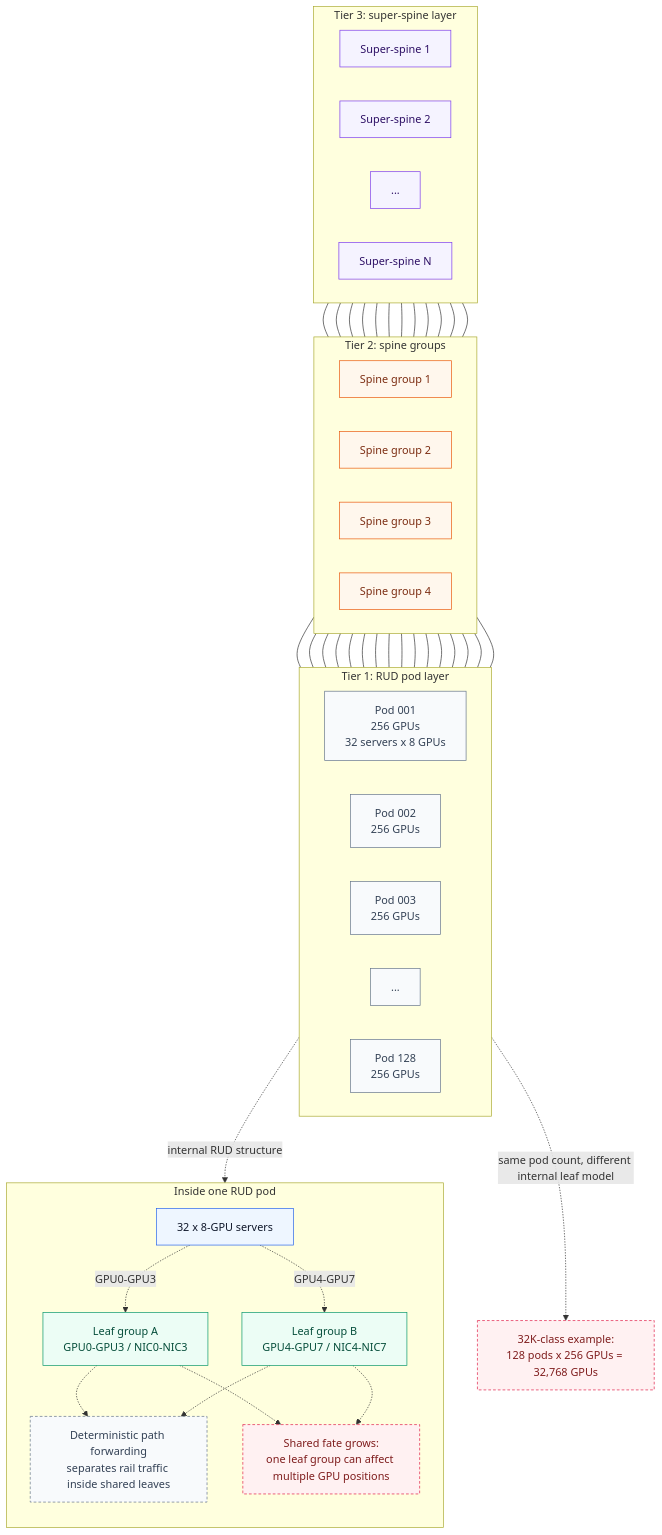
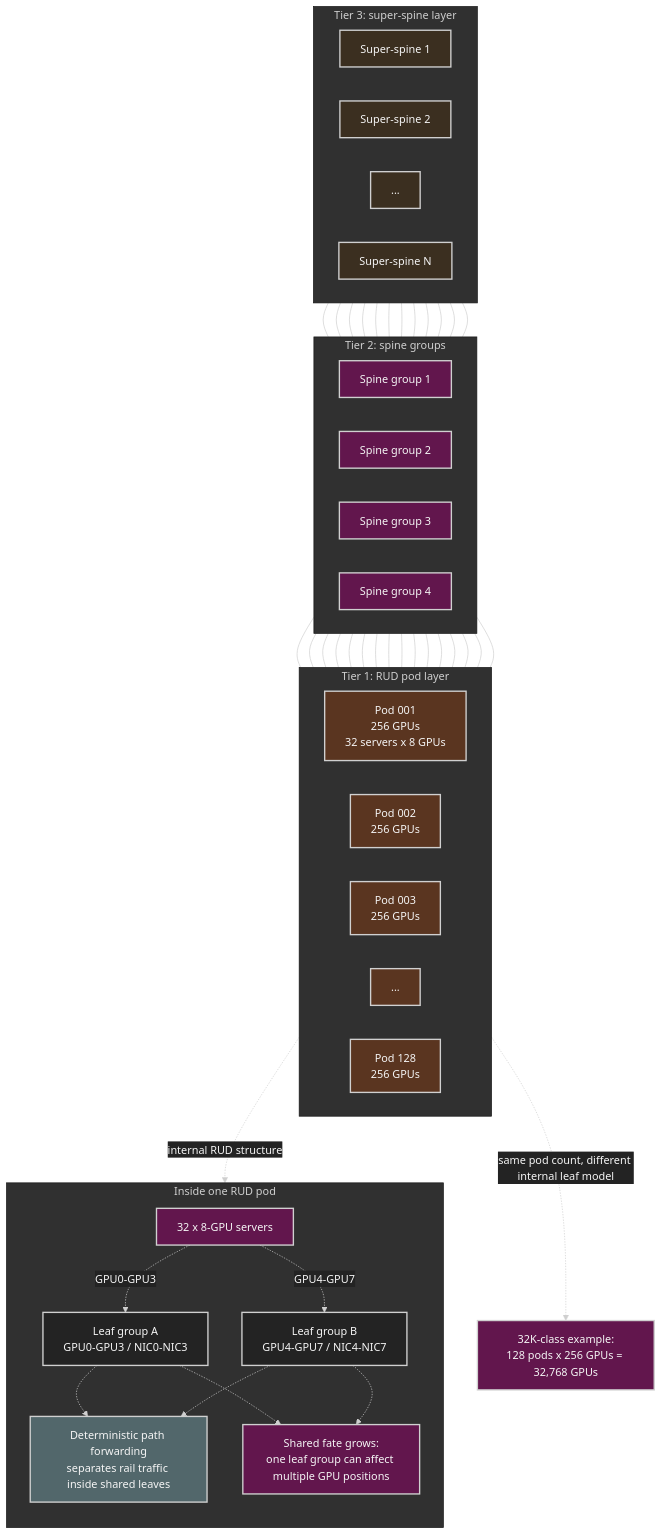
One commit to ziwon/ai-data-center-network changed the ninth of 17 diagrams in ai-data-center-network/chap03/README.md. Above: the diagram before and after it, drawn with Mermaid. The commit also changed other lines of this file and 35 other files, not shown here.

Commit message:
docs(mermaid): apply dark diagram style

````diff
--- a/ai-data-center-network/chap03/README.md
+++ b/ai-data-center-network/chap03/README.md
@@ -641,12 +649,13 @@
 ```mermaid
+%%{init: {"theme": "base", "themeVariables": {"background": "#171717", "primaryColor": "#232323", "primaryTextColor": "#f5f5f5", "primaryBorderColor": "#d0d0d0", "lineColor": "#cfcfcf", "fontFamily": "Inter, Arial, sans-serif"}}}%%
 flowchart TB
-    classDef server fill:#eef6ff,stroke:#2563eb,color:#0f172a
-    classDef leaf fill:#ecfdf5,stroke:#059669,color:#064e3b
-    classDef pod fill:#f8fafc,stroke:#64748b,color:#334155
-    classDef spine fill:#fff7ed,stroke:#ea580c,color:#7c2d12
-    classDef super fill:#f5f3ff,stroke:#7c3aed,color:#2e1065
-    classDef risk fill:#fff1f2,stroke:#e11d48,stroke-dasharray:4 3,color:#7f1d1d
-    classDef note fill:#f8fafc,stroke:#64748b,stroke-dasharray:4 3,color:#334155
+    classDef server fill:#62164d,stroke:#d0d0d0,color:#f5f5f5,stroke-width:2px;
+    classDef leaf fill:#232323,stroke:#d0d0d0,color:#f5f5f5,stroke-width:2px;
+    classDef pod fill:#5a3520,stroke:#d0d0d0,color:#f5f5f5,stroke-width:2px;
+    classDef spine fill:#62164d,stroke:#d0d0d0,color:#f5f5f5,stroke-width:2px;
+    classDef super fill:#3b2f20,stroke:#d0d0d0,color:#f5f5f5,stroke-width:2px;
+    classDef risk fill:#62164d,stroke:#d0d0d0,color:#f5f5f5,stroke-width:2px;
+    classDef note fill:#52676b,stroke:#d0d0d0,color:#f5f5f5,stroke-width:2px;
 
     subgraph T3["Tier 3: super-spine layer"]
         direction LR
````
